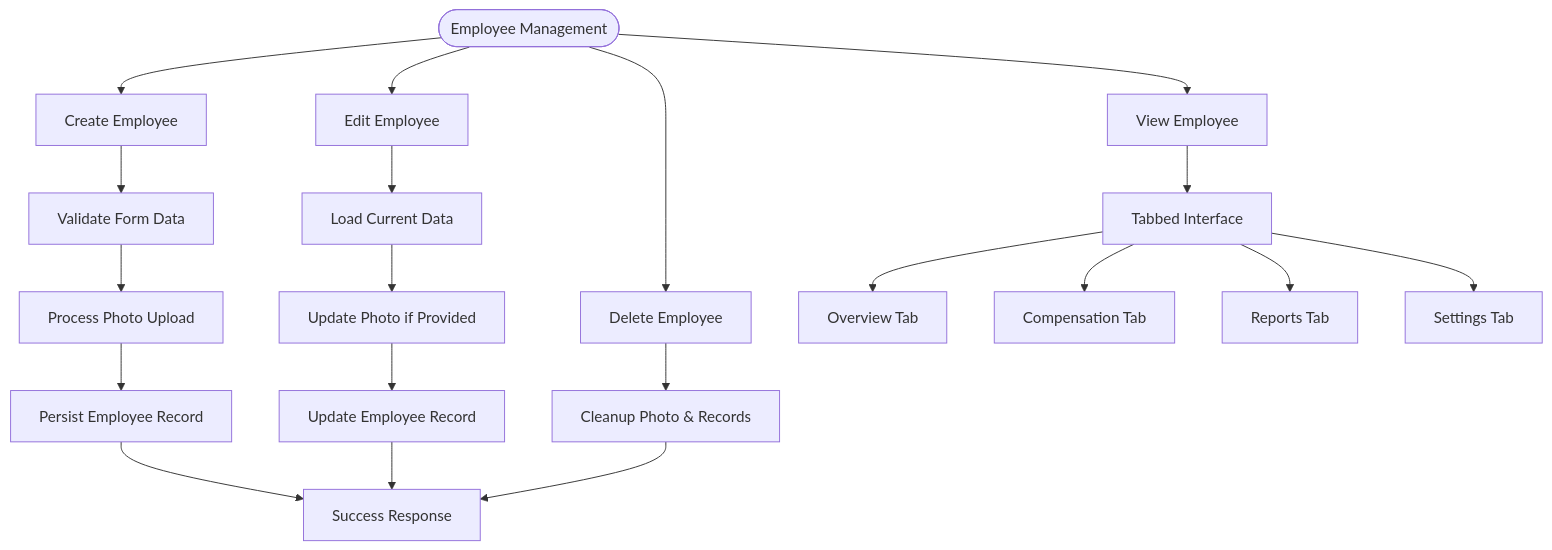
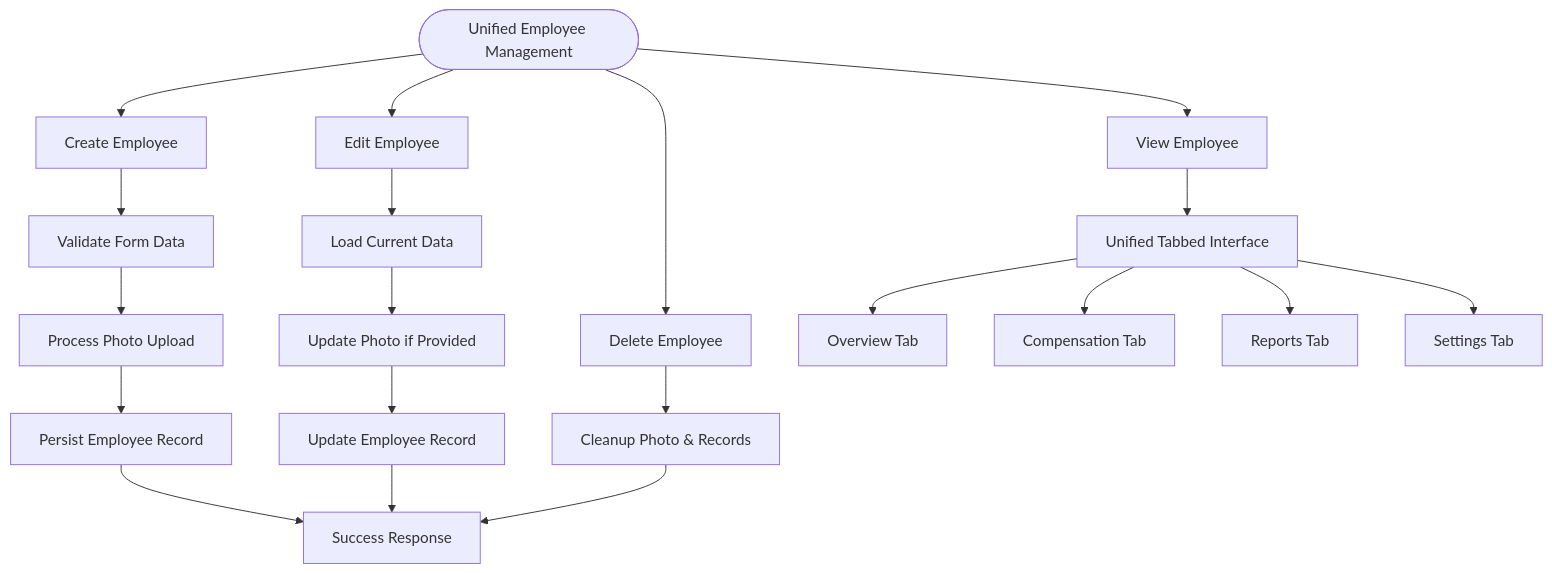
One commit to vincet0t15/template changed the fourth of 7 diagrams in .qoder/repowiki/en/content/Employee Management/Employee Management.md. Above: the diagram before and after it, drawn with Mermaid. The commit also changed other lines of this file and 8 other files, not shown here.

````diff
--- a/.qoder/repowiki/en/content/Employee Management/Employee Management.md
+++ b/.qoder/repowiki/en/content/Employee Management/Employee Management.md
@@ -298,22 +339,22 @@
 ```mermaid
 flowchart TD
-Start(["Employee Management"]) --> Create["Create Employee"]
+Start(["Unified Employee Management"]) --> Create["Create Employee"]
 Start --> Edit["Edit Employee"]
 Start --> View["View Employee"]
 Start --> Delete["Delete Employee"]
 Create --> Validate["Validate Form Data"]
 Validate --> Photo["Process Photo Upload"]
 Photo --> Persist["Persist Employee Record"]
 Persist --> Success["Success Response"]
 Edit --> Load["Load Current Data"]
 Load --> UpdatePhoto["Update Photo if Provided"]
 UpdatePhoto --> UpdateRecord["Update Employee Record"]
 UpdateRecord --> Success
-View --> TabNavigation["Tabbed Interface"]
+View --> TabNavigation["Unified Tabbed Interface"]
 TabNavigation --> Overview["Overview Tab"]
 TabNavigation --> Compensation["Compensation Tab"]
 TabNavigation --> Reports["Reports Tab"]
 TabNavigation --> Settings["Settings Tab"]
 Delete --> Cleanup["Cleanup Photo & Records"]
 Cleanup --> Success
 ```
````
